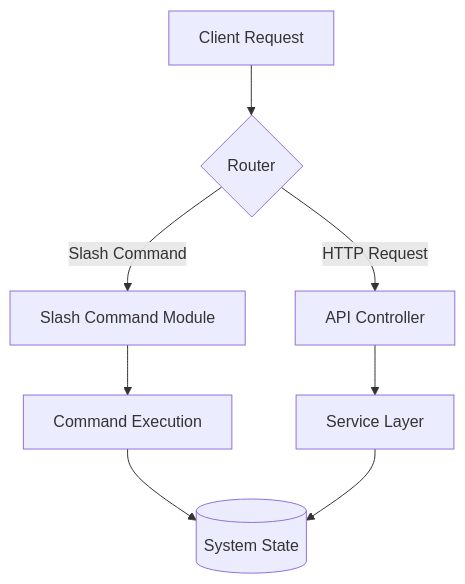
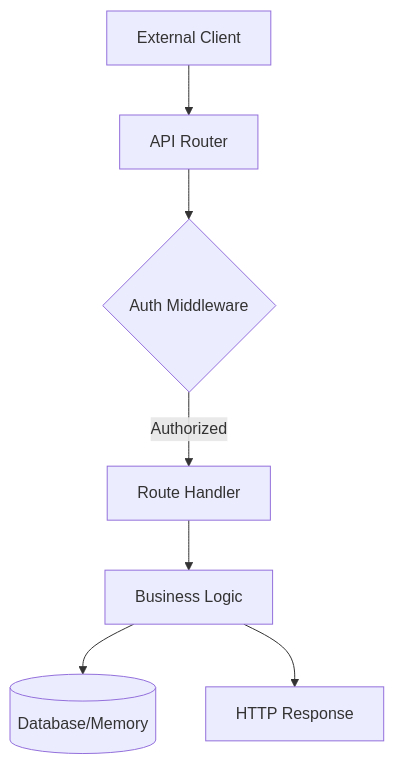
The diagram in .codebuddy/docs/9-api-reference.md (phuetz/code-buddy), drawn with Mermaid before and after one commit. The commit also changed other lines of this file and 15 other files, not shown here.

````diff
--- a/.codebuddy/docs/9-api-reference.md
+++ b/.codebuddy/docs/9-api-reference.md
@@ -7,10 +40,9 @@
 ```mermaid
 graph TD
-    A[Client Request] --> B{Router}
-    B -->|Slash Command| C[Slash Command Module]
-    B -->|HTTP Request| D[API Controller]
-    C --> E[Command Execution]
-    D --> F[Service Layer]
-    E --> G[(System State)]
-    F --> G
+    Client[External Client] --> Router[API Router]
+    Router --> Auth{Auth Middleware}
+    Auth -->|Authorized| Handler[Route Handler]
+    Handler --> Logic[Business Logic]
+    Logic --> DB[(Database/Memory)]
+    Logic --> Response[HTTP Response]
 ```
````
